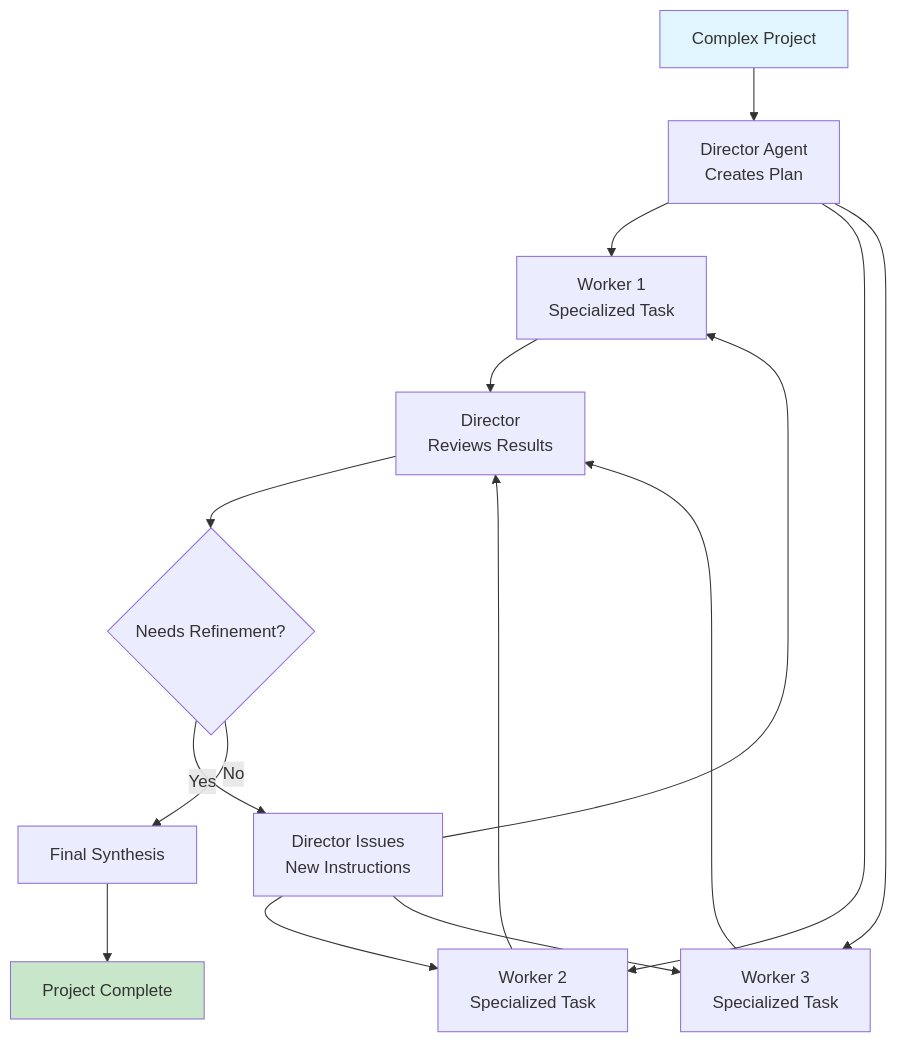
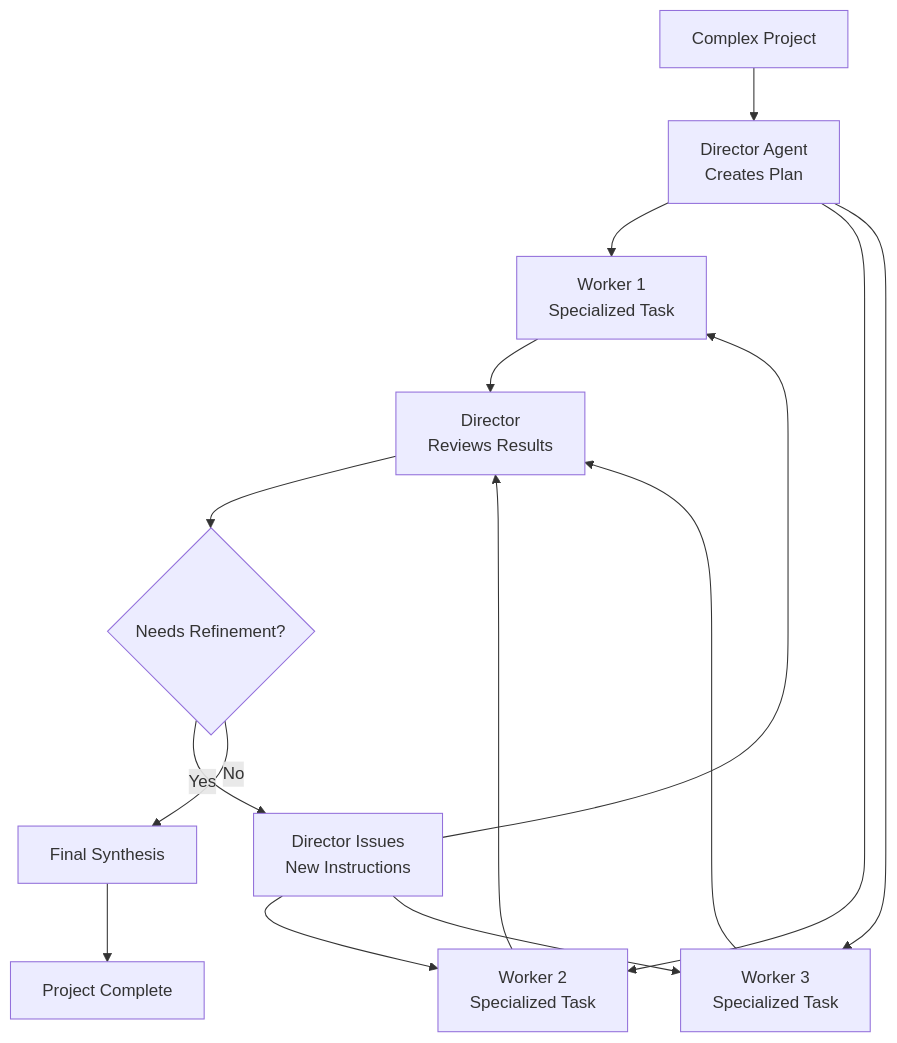
Before and after one commit to kyegomez/swarms: the eighth of 12 diagrams in docs/swarms/concept/how_to_choose_swarms.md, drawn with Mermaid. The commit also changed other lines of this file, not shown here.

````diff
--- a/docs/swarms/concept/how_to_choose_swarms.md
+++ b/docs/swarms/concept/how_to_choose_swarms.md
@@ -725,26 +711,24 @@
 ```mermaid
 graph TD
     A[Complex Project] --> B[Director Agent<br/>Creates Plan]
 
     B --> C[Worker 1<br/>Specialized Task]
     B --> D[Worker 2<br/>Specialized Task]
     B --> E[Worker 3<br/>Specialized Task]
 
     C --> F[Director<br/>Reviews Results]
     D --> F
     E --> F
 
     F --> G{Needs Refinement?}
 
     G -->|Yes| H[Director Issues<br/>New Instructions]
     G -->|No| I[Final Synthesis]
 
     H --> C
     H --> D
     H --> E
 
     I --> J[Project Complete]
 
-    style A fill:#e1f5fe
-    style J fill:#c8e6c9
 ```
````
